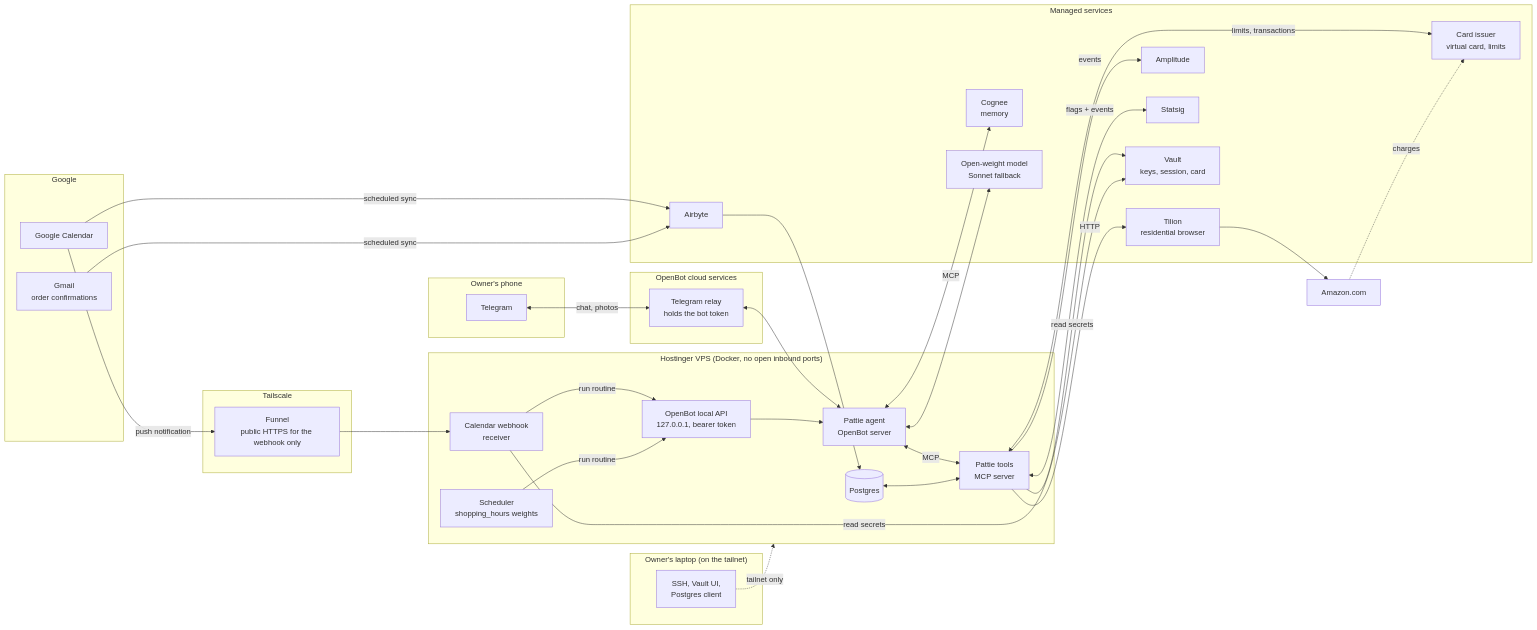
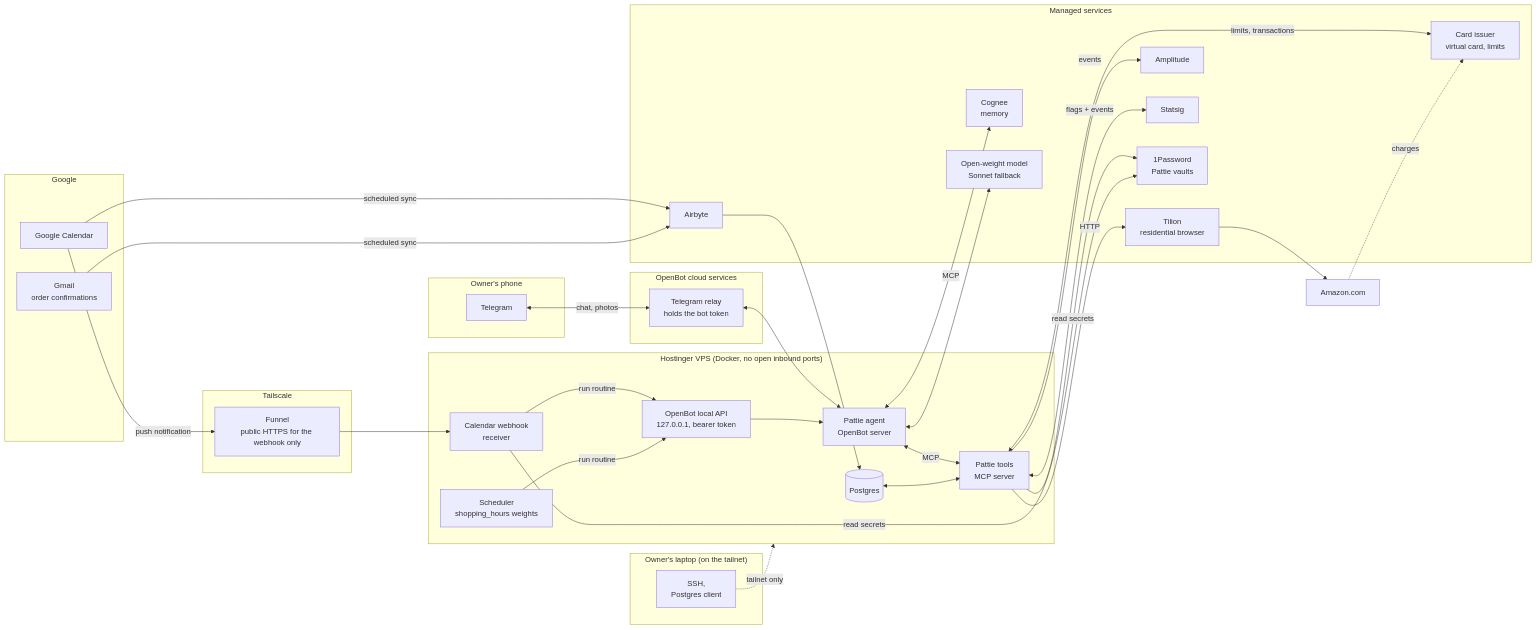
Before and after one commit to kolumba-ai/Pattie-shopping-agent: the first of 2 diagrams in docs/ARCHITECTURE.md, drawn with Mermaid. The commit also changed other lines of this file and 3 other files, not shown here.

````diff
--- a/docs/ARCHITECTURE.md
+++ b/docs/ARCHITECTURE.md
@@ -33,65 +33,65 @@
 ```mermaid
 flowchart LR
     subgraph Phone["Owner's phone"]
         TG[Telegram]
     end
 
     subgraph Google
         GC[Google Calendar]
         GM[Gmail<br/>order confirmations]
     end
 
     subgraph OB["OpenBot cloud services"]
         RELAY[Telegram relay<br/>holds the bot token]
     end
 
     subgraph Admin["Owner's laptop (on the tailnet)"]
-        LAP[SSH, Vault UI,<br/>Postgres client]
+        LAP[SSH,<br/>Postgres client]
     end
 
     subgraph TS["Tailscale"]
         FUN[Funnel<br/>public HTTPS for the webhook only]
     end
 
     subgraph VPS["Hostinger VPS (Docker, no open inbound ports)"]
         AG[Pattie agent<br/>OpenBot server]
         API[OpenBot local API<br/>127.0.0.1, bearer token]
         MCP[Pattie tools<br/>MCP server]
         HK[Calendar webhook<br/>receiver]
         SCH[Scheduler<br/>shopping_hours weights]
         PG[(Postgres)]
     end
 
     subgraph Cloud["Managed services"]
         TL[Tilion<br/>residential browser]
         CG[Cognee<br/>memory]
         AB[Airbyte]
         AM[Amplitude]
         SS[Statsig]
         LLM[Open-weight model<br/>Sonnet fallback]
-        VLT[Vault<br/>keys, session, card]
+        VLT[1Password<br/>Pattie vaults]
         ISS[Card issuer<br/>virtual card, limits]
     end
 
     AMZ[Amazon.com]
 
     TG <-->|chat, photos| RELAY <--> AG
     GC -->|push notification| FUN --> HK -->|run routine| API
     LAP -.->|tailnet only| VPS
     SCH -->|run routine| API
     API --> AG
     AG <-->|MCP| MCP
     AG <-->|MCP| CG
     AG <--> LLM
     GC -->|scheduled sync| AB
     GM -->|scheduled sync| AB
     AB --> PG
     PG <--> MCP
     MCP -->|HTTP| TL --> AMZ
     MCP -->|events| AM
     MCP <-->|flags + events| SS
     MCP -->|read secrets| VLT
     HK -->|read secrets| VLT
     MCP <-->|limits, transactions| ISS
     AMZ -.->|charges| ISS
 ```
````
